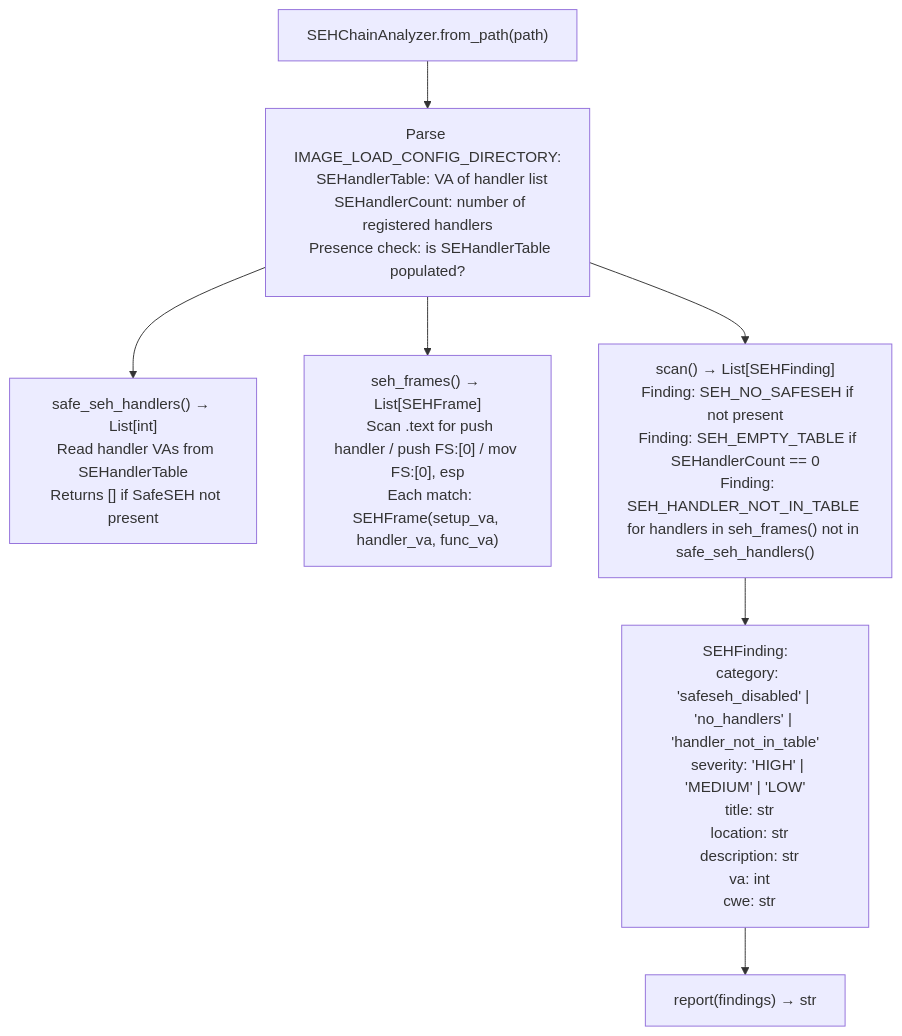
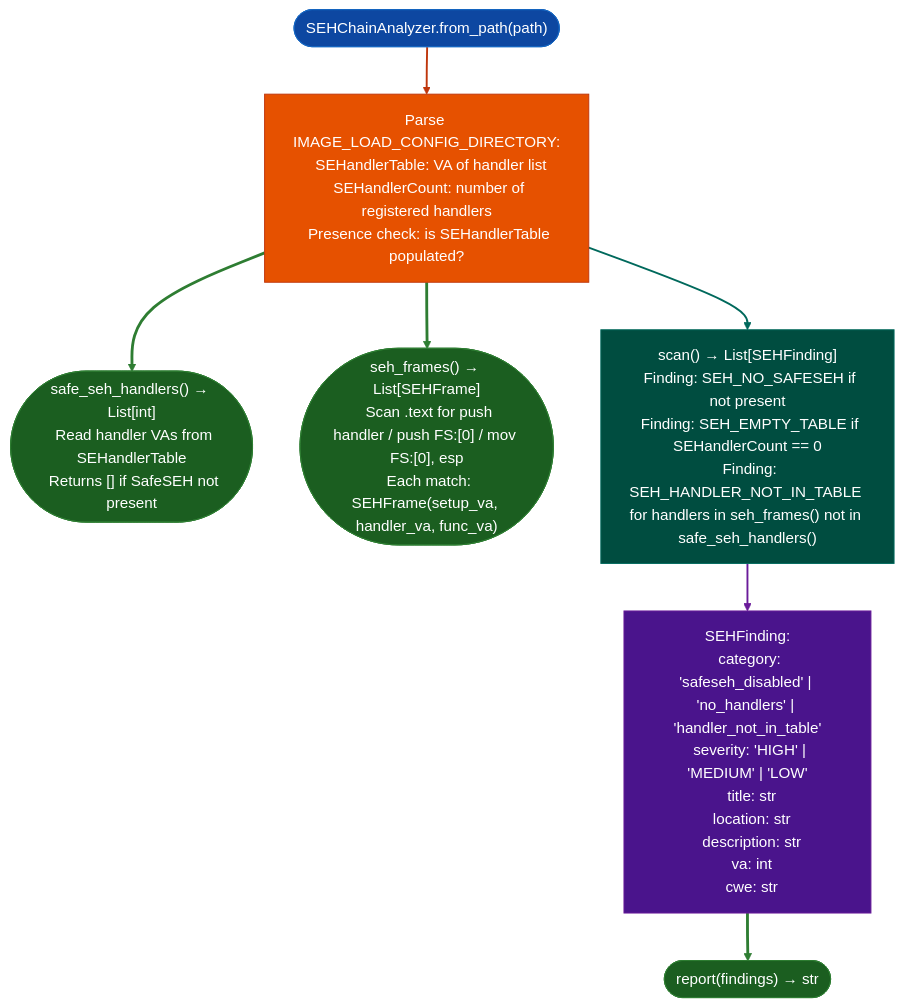
Before and after one commit to Ablation-Tool/ablation: the diagram in docs/reference-modules/seh-and-safeseh-review.md, drawn with Mermaid. The commit also changed 320 other files, not shown here.

First line of the commit message:
docs: apply canonical Mermaid template to all 321 diagrams

````diff
--- a/docs/reference-modules/seh-and-safeseh-review.md
+++ b/docs/reference-modules/seh-and-safeseh-review.md
@@ -19,9 +19,21 @@
 ```mermaid
 flowchart TD
-    A["SEHChainAnalyzer.from_path(path)"] --> B["Parse IMAGE_LOAD_CONFIG_DIRECTORY:\n  SEHandlerTable: VA of handler list\n  SEHandlerCount: number of registered handlers\n  Presence check: is SEHandlerTable populated?"]
-    B --> C["safe_seh_handlers() → List[int]\n  Read handler VAs from SEHandlerTable\n  Returns [] if SafeSEH not present"]
-    B --> D["seh_frames() → List[SEHFrame]\n  Scan .text for push handler / push FS:[0] / mov FS:[0], esp\n  Each match: SEHFrame(setup_va, handler_va, func_va)"]
-    B --> E["scan() → List[SEHFinding]\n  Finding: SEH_NO_SAFESEH if not present\n  Finding: SEH_EMPTY_TABLE if SEHandlerCount == 0\n  Finding: SEH_HANDLER_NOT_IN_TABLE for handlers in seh_frames() not in safe_seh_handlers()"]
-    E --> F["SEHFinding:\n  category: 'safeseh_disabled' | 'no_handlers' | 'handler_not_in_table'\n  severity: 'HIGH' | 'MEDIUM' | 'LOW'\n  title: str\n  location: str\n  description: str\n  va: int\n  cwe: str"]
-    F --> G["report(findings) → str"]
+    A(["SEHChainAnalyzer.from_path(path)"]):::input --> B["Parse IMAGE_LOAD_CONFIG_DIRECTORY:\n  SEHandlerTable: VA of handler list\n  SEHandlerCount: number of registered handlers\n  Presence check: is SEHandlerTable populated?"]:::primary
+    B:::primary --> C(["safe_seh_handlers() → List[int]\n  Read handler VAs from SEHandlerTable\n  Returns [] if SafeSEH not present"]):::output
+    B:::primary --> D(["seh_frames() → List[SEHFrame]\n  Scan .text for push handler / push FS:[0] / mov FS:[0], esp\n  Each match: SEHFrame(setup_va, handler_va, func_va)"]):::output
+    B:::primary --> E["scan() → List[SEHFinding]\n  Finding: SEH_NO_SAFESEH if not present\n  Finding: SEH_EMPTY_TABLE if SEHandlerCount == 0\n  Finding: SEH_HANDLER_NOT_IN_TABLE for handlers in seh_frames() not in safe_seh_handlers()"]:::secondary
+    E:::secondary --> F["SEHFinding:\n  category: 'safeseh_disabled' | 'no_handlers' | 'handler_not_in_table'\n  severity: 'HIGH' | 'MEDIUM' | 'LOW'\n  title: str\n  location: str\n  description: str\n  va: int\n  cwe: str"]:::tertiary
+    F:::tertiary --> G(["report(findings) → str"]):::output
+    classDef input     fill:#0d47a1,stroke:#1565c0,color:#fff
+    classDef primary   fill:#e65100,stroke:#bf360c,color:#fff
+    classDef secondary fill:#004d40,stroke:#00695c,color:#fff
+    classDef tertiary  fill:#4a148c,stroke:#6a1b9a,color:#fff
+    classDef neutral   fill:#37474f,stroke:#546e7a,color:#fff
+    classDef output    fill:#1b5e20,stroke:#2e7d32,color:#fff
+    linkStyle 0 stroke:#bf360c,stroke-width:2px
+    linkStyle 1 stroke:#2e7d32,stroke-width:3px
+    linkStyle 2 stroke:#2e7d32,stroke-width:3px
+    linkStyle 3 stroke:#00695c,stroke-width:2px
+    linkStyle 4 stroke:#6a1b9a,stroke-width:2px
+    linkStyle 5 stroke:#2e7d32,stroke-width:3px
 ```
````
